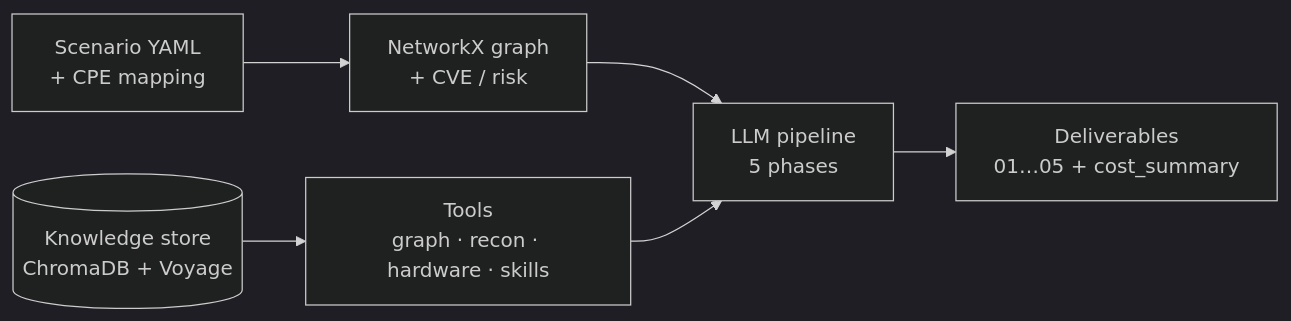
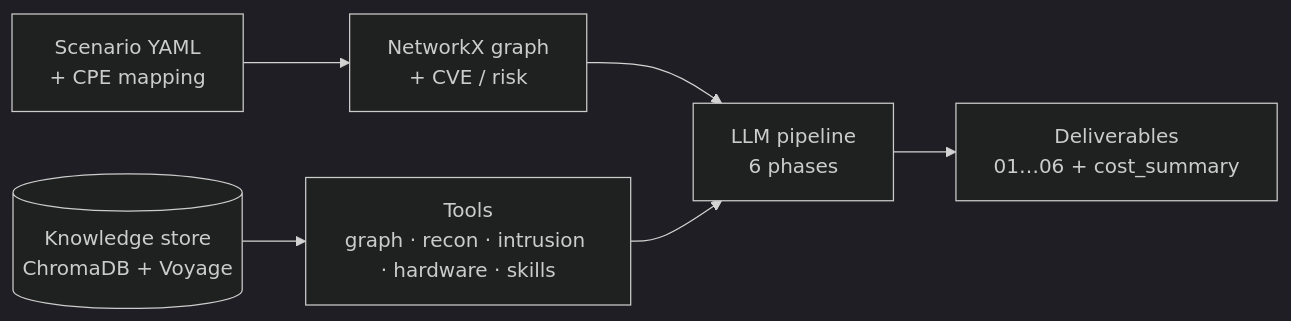
Before and after one commit to Tanguyvans/LANCE: the diagram in README.md, drawn with Mermaid (dark theme). The commit also changed other lines of this file and 1 other file, not shown here.

Commit message:
docs(readme): mettre à jour pour 6 phases, 21 outils, FastAPI, Phase 5 Intrusion

````diff
--- a/README.md
+++ b/README.md
@@ -58,14 +58,14 @@
 ```mermaid
 flowchart LR
     YAML[Scenario YAML<br/>+ CPE mapping]
     GRAPH[NetworkX graph<br/>+ CVE / risk]
-    AGENT["LLM pipeline<br/>5 phases"]
-    TOOLS[Tools<br/>graph · recon · hardware · skills]
+    AGENT["LLM pipeline<br/>6 phases"]
+    TOOLS[Tools<br/>graph · recon · intrusion · hardware · skills]
     KB[(Knowledge store<br/>ChromaDB + Voyage)]
-    OUT[Deliverables<br/>01…05 + cost_summary]
+    OUT[Deliverables<br/>01…06 + cost_summary]
 
     YAML --> GRAPH --> AGENT
     TOOLS --> AGENT
     KB --> TOOLS
     AGENT --> OUT
 ```
````
